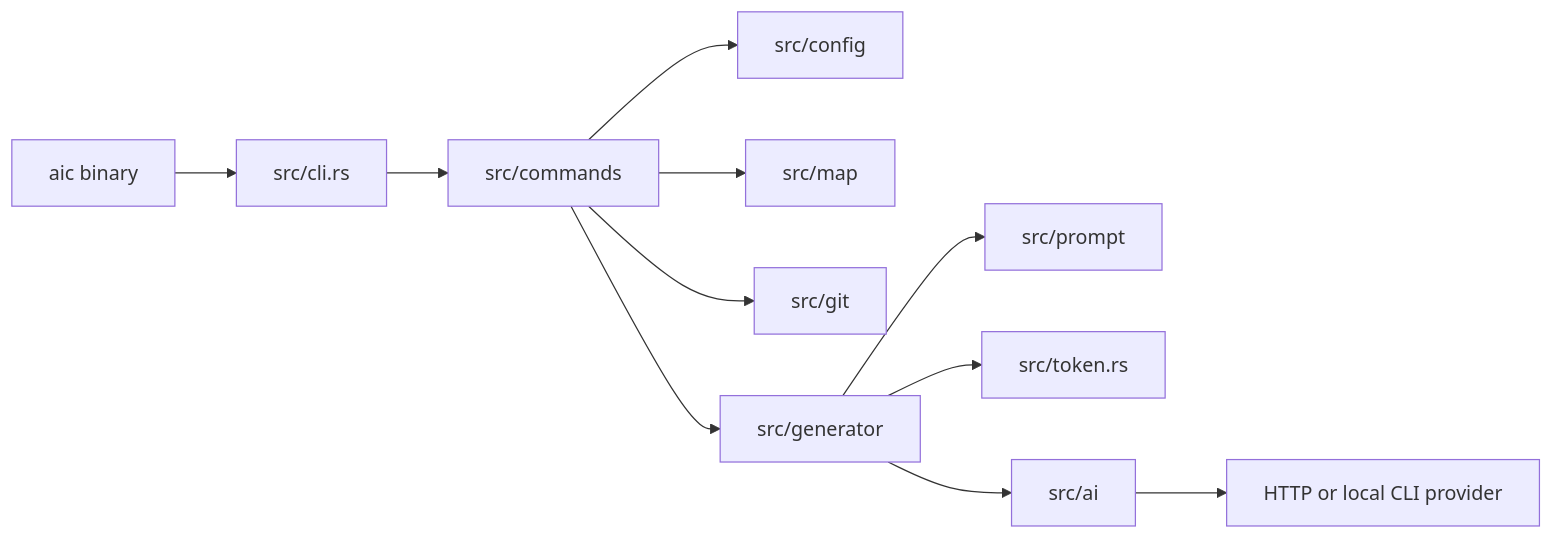
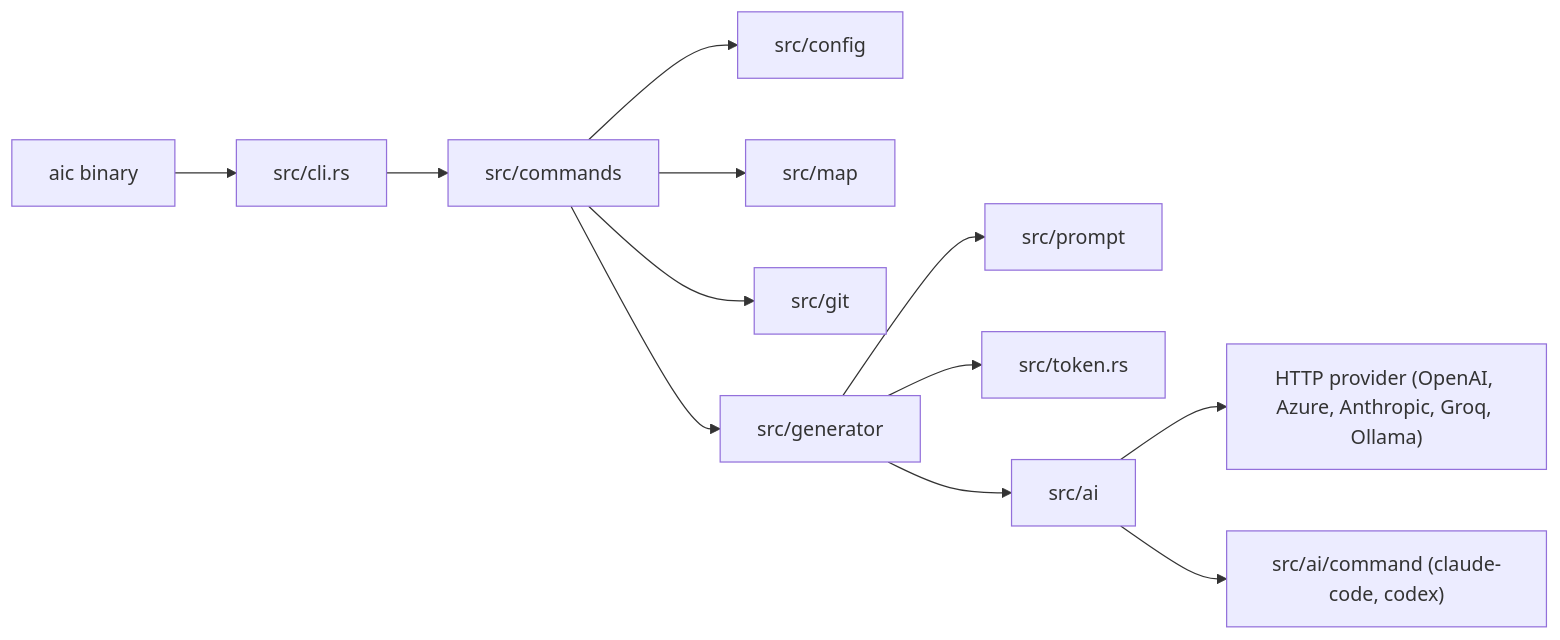
One commit to russmckendrick/aicommit changed the first of 2 diagrams in docs/architecture.md. Above: the diagram before and after it, drawn with Mermaid. The commit also changed other lines of this file and 4 other files, not shown here.

````diff
--- a/docs/architecture.md
+++ b/docs/architecture.md
@@ -21,13 +22,14 @@
 ```mermaid
 flowchart LR
     Bin["aic binary"] --> Cli["src/cli.rs"]
     Cli --> Commands["src/commands"]
     Commands --> Config["src/config"]
     Commands --> Map["src/map"]
     Commands --> Git["src/git"]
     Commands --> Generator["src/generator"]
     Generator --> Prompt["src/prompt"]
     Generator --> Token["src/token.rs"]
     Generator --> Ai["src/ai"]
-    Ai --> Provider["HTTP or local CLI provider"]
+    Ai --> HTTP["HTTP provider (OpenAI, Azure, Anthropic, Groq, Ollama)"]
+    Ai --> Command["src/ai/command (claude-code, codex)"]
 ```
````
